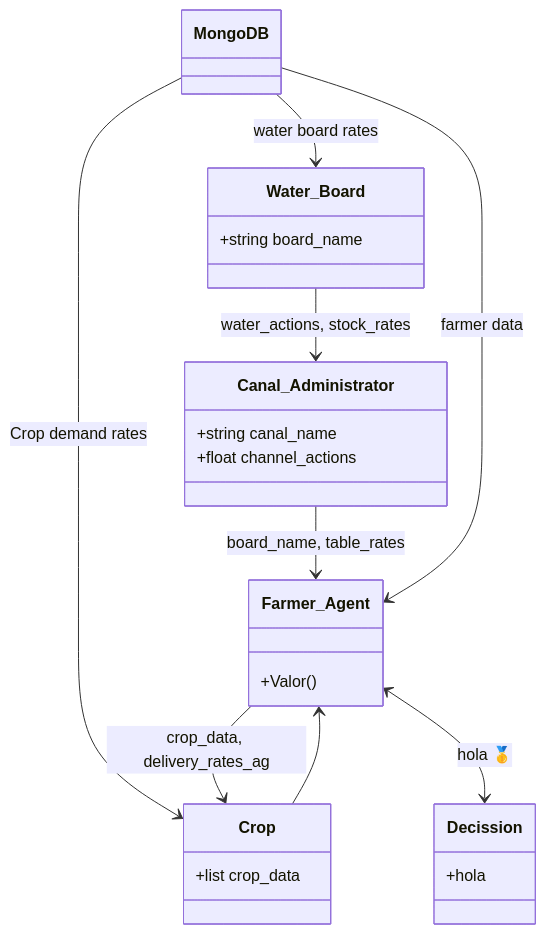
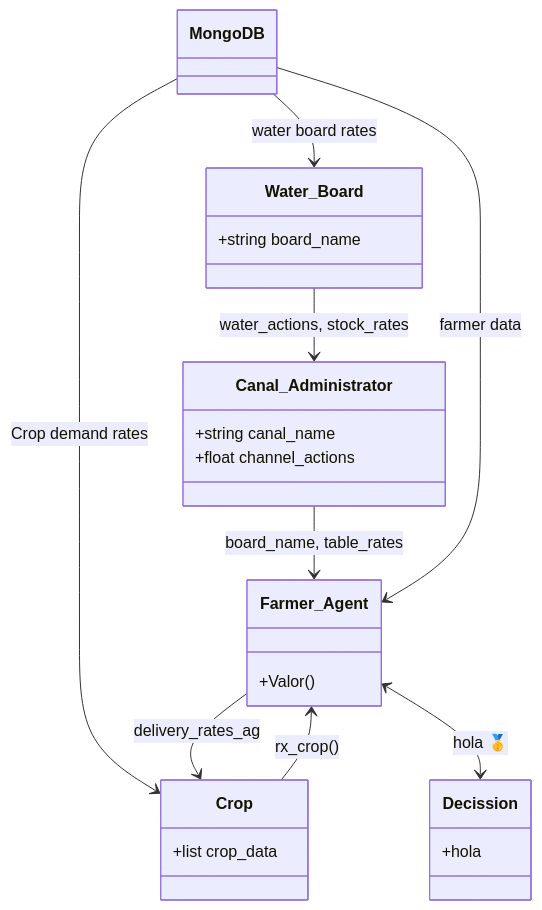
Before and after one commit to Pablov81/Agrotopia: the diagram in README.md, drawn with Mermaid.

````diff
--- a/README.md
+++ b/README.md
@@ -46,36 +46,36 @@
 ```mermaid
 classDiagram
     class MongoDB {
     }
 
     class Water_Board {
         +string board_name
     }
 
     class Canal_Administrator{
         +string canal_name
         +float channel_actions
     }
 
     class Farmer_Agent {
         +Valor()
     }
 
     class Crop {
         +list crop_data
     }
 
     class Decission {
         +hola
     }
 
 
     Water_Board --> Canal_Administrator: water_actions, stock_rates
     Canal_Administrator --> Farmer_Agent: board_name, table_rates
     MongoDB --> Water_Board: water board rates
     MongoDB --> Farmer_Agent: farmer data
     MongoDB --> Crop: Crop demand rates
-    Farmer_Agent --> Crop: crop_data, delivery_rates_ag
+    Farmer_Agent --> Crop: delivery_rates_ag
     Farmer_Agent <--> Decission:hola 🥇
-    Crop --> Farmer_Agent
+    Crop --> Farmer_Agent:rx_crop()
 ```
````
